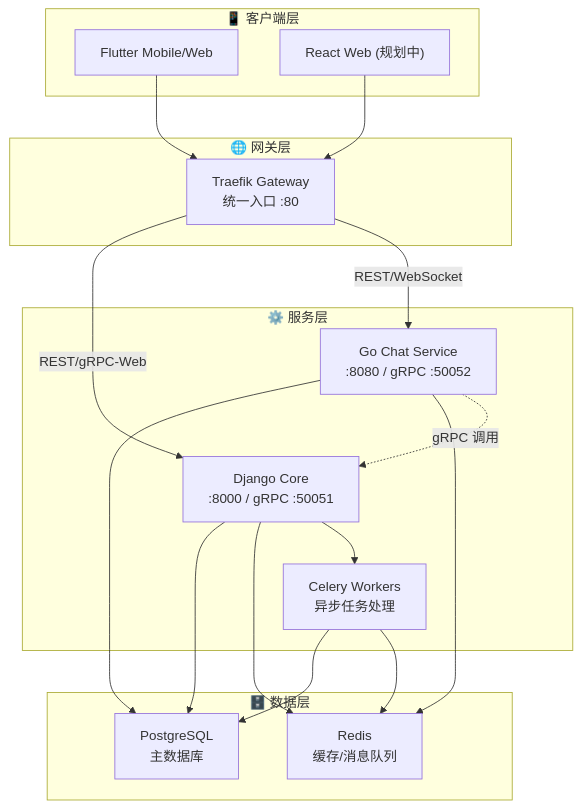
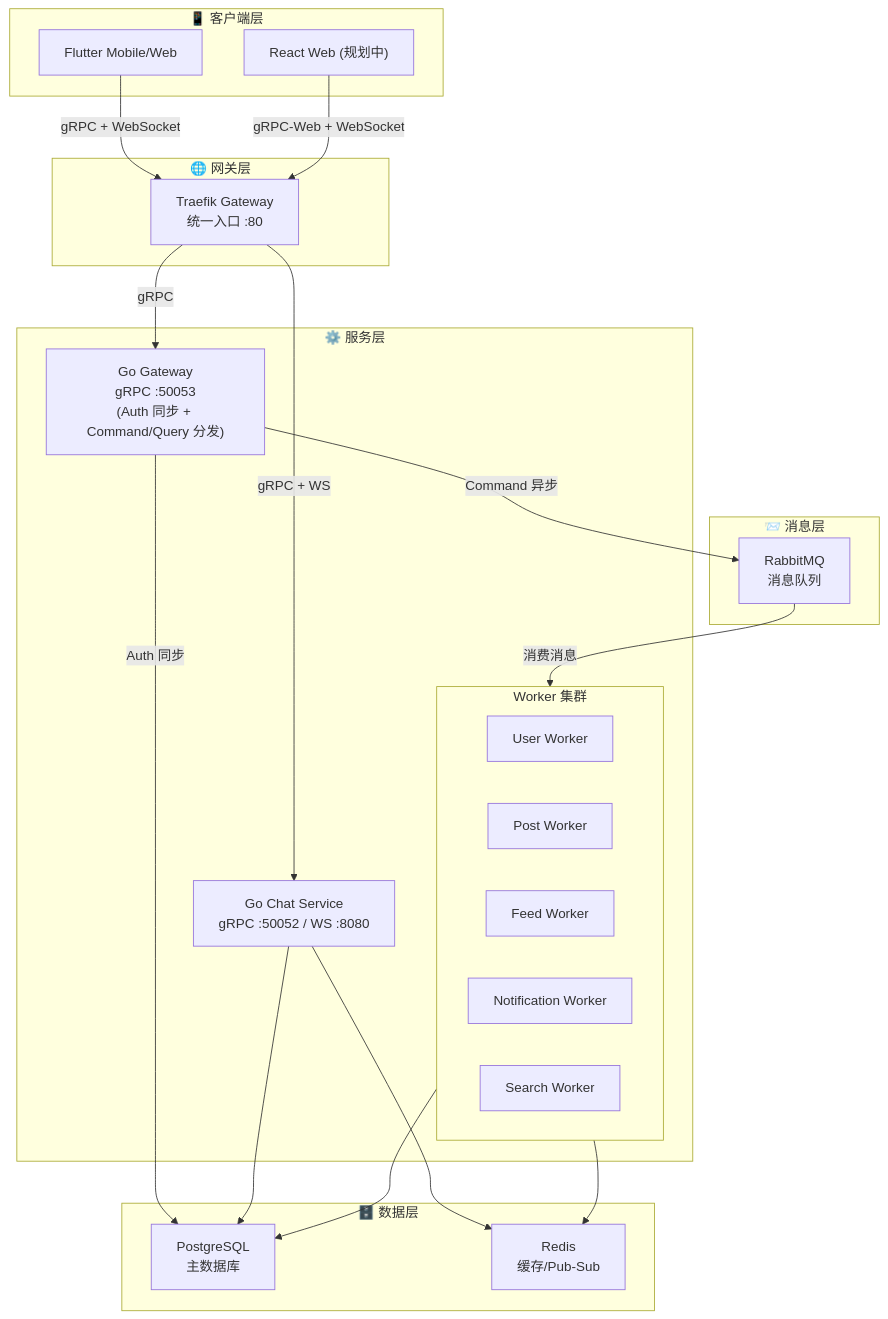
The first of 4 diagrams in docs/架构梳理.md (funcdfs/lesser), drawn with Mermaid before and after one commit. The commit also changed other lines of this file and 306 other files, not shown here.

````diff
--- a/docs/架构梳理.md
+++ b/docs/架构梳理.md
@@ -22,39 +21,49 @@
 ```mermaid
 graph TB
     subgraph 客户端层["📱 客户端层"]
         Flutter["Flutter Mobile/Web"]
         React["React Web (规划中)"]
     end
 
     subgraph 网关层["🌐 网关层"]
         Traefik["Traefik Gateway<br/>统一入口 :80"]
     end
 
     subgraph 服务层["⚙️ 服务层"]
-        Django["Django Core<br/>:8000 / gRPC :50051"]
-        Chat["Go Chat Service<br/>:8080 / gRPC :50052"]
-        Celery["Celery Workers<br/>异步任务处理"]
+        Gateway["Go Gateway<br/>gRPC :50053<br/>(Auth 同步 + Command/Query 分发)"]
+        Chat["Go Chat Service<br/>gRPC :50052 / WS :8080"]
+        
+        subgraph Workers["Worker 集群"]
+            UserWorker["User Worker"]
+            PostWorker["Post Worker"]
+            FeedWorker["Feed Worker"]
+            NotifWorker["Notification Worker"]
+            SearchWorker["Search Worker"]
+        end
+    end
+
+    subgraph 消息层["📨 消息层"]
+        RabbitMQ["RabbitMQ<br/>消息队列"]
     end
 
     subgraph 数据层["🗄️ 数据层"]
         Postgres["PostgreSQL<br/>主数据库"]
-        Redis["Redis<br/>缓存/消息队列"]
+        Redis["Redis<br/>缓存/Pub-Sub"]
     end
 
-    Flutter --> Traefik
-    React --> Traefik
+    Flutter -->|gRPC + WebSocket| Traefik
+    React -->|gRPC-Web + WebSocket| Traefik
     
-    Traefik -->|REST/gRPC-Web| Django
-    Traefik -->|REST/WebSocket| Chat
+    Traefik -->|gRPC| Gateway
+    Traefik -->|gRPC + WS| Chat
     
-    Django --> Postgres
-    Django --> Redis
-    Django --> Celery
+    Gateway -->|Auth 同步| Postgres
+    Gateway -->|Command 异步| RabbitMQ
+    RabbitMQ -->|消费消息| Workers
+    
+    Workers --> Postgres
+    Workers --> Redis
     
     Chat --> Postgres
     Chat --> Redis
-    Chat -.->|gRPC 调用| Django
-    
-    Celery --> Postgres
-    Celery --> Redis
 ```
````
